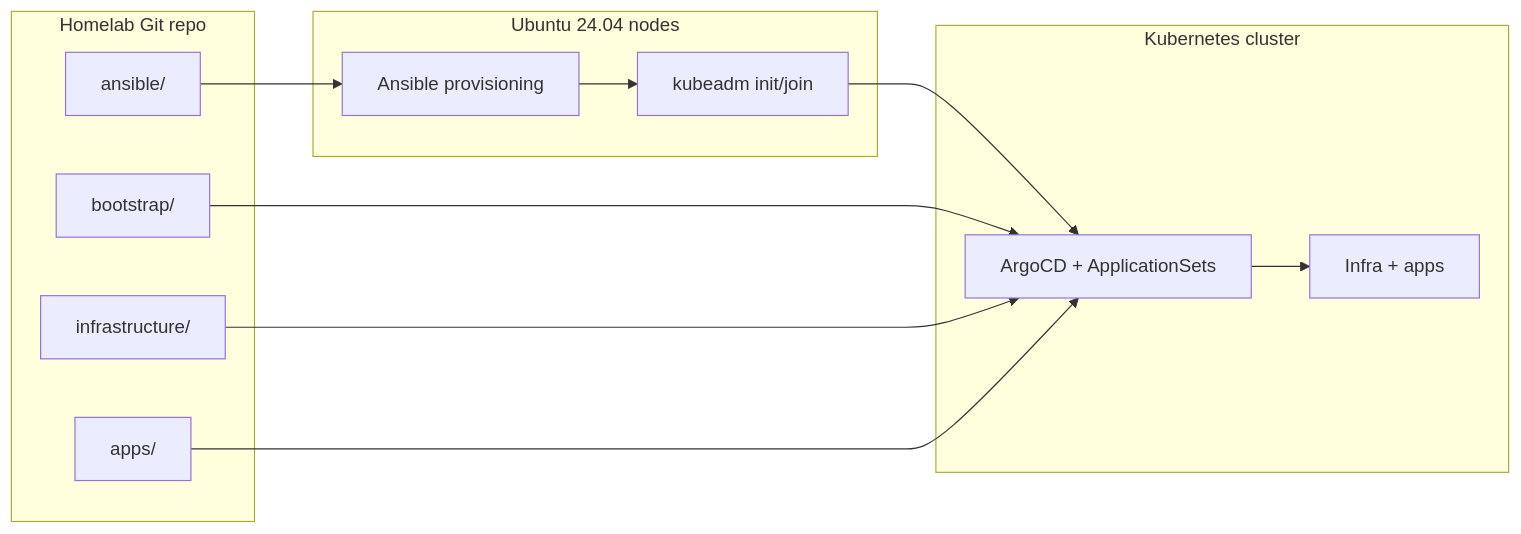
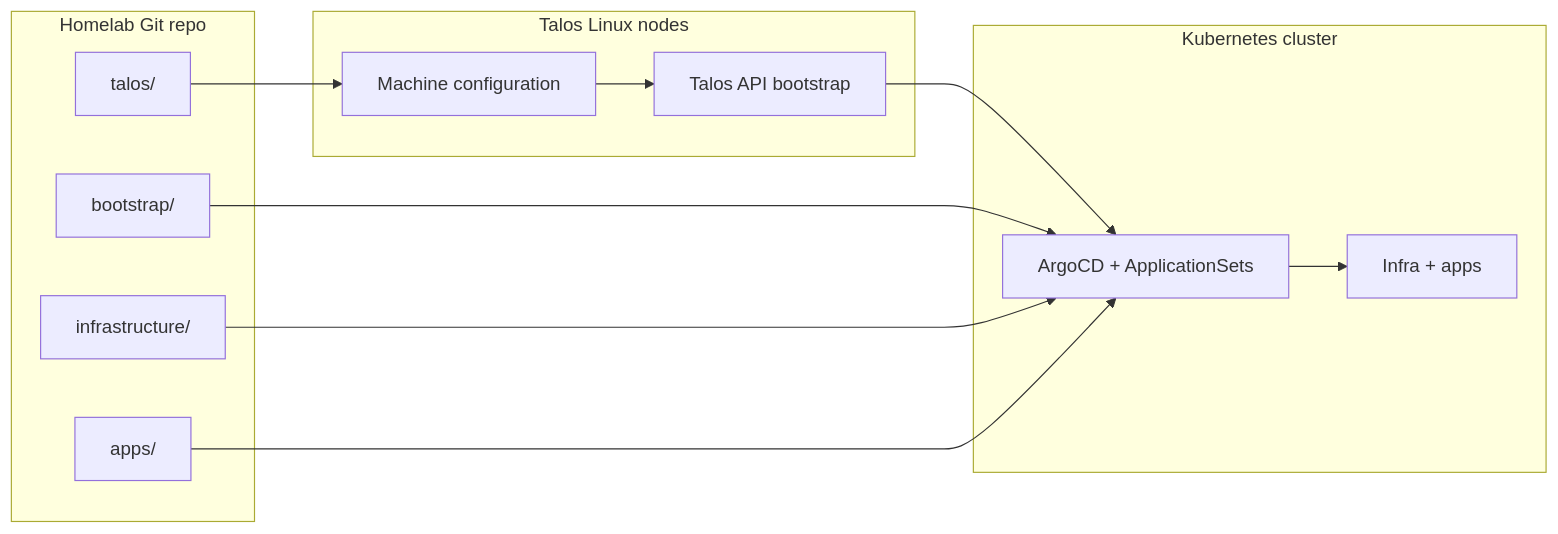
One commit to nsudhanva/homelab changed the first of 5 diagrams in README.md. Above: the diagram before and after it, drawn with Mermaid. The commit also changed other lines of this file and 80 other files, not shown here.

Commit message:
Talos Linux cutover with Ubuntu 26.04 workstation and version upgrades

````diff
--- a/README.md
+++ b/README.md
@@ -48,27 +49,27 @@
 ```mermaid
 flowchart LR
   subgraph Repo["Homelab Git repo"]
-    Ansible["ansible/"]
+    Talos["talos/"]
     Bootstrap["bootstrap/"]
     Infra["infrastructure/"]
     Apps["apps/"]
   end
 
-  subgraph Nodes["Ubuntu 24.04 nodes"]
-    Prep["Ansible provisioning"]
-    Kubeadm["kubeadm init/join"]
+  subgraph Nodes["Talos Linux nodes"]
+    Config["Machine configuration"]
+    API["Talos API bootstrap"]
   end
 
   subgraph Cluster["Kubernetes cluster"]
     Argo["ArgoCD + ApplicationSets"]
     Workloads["Infra + apps"]
   end
 
-  Ansible --> Prep
-  Prep --> Kubeadm
-  Kubeadm --> Argo
+  Talos --> Config
+  Config --> API
+  API --> Argo
   Bootstrap --> Argo
   Infra --> Argo
   Apps --> Argo
   Argo --> Workloads
 ```
````
